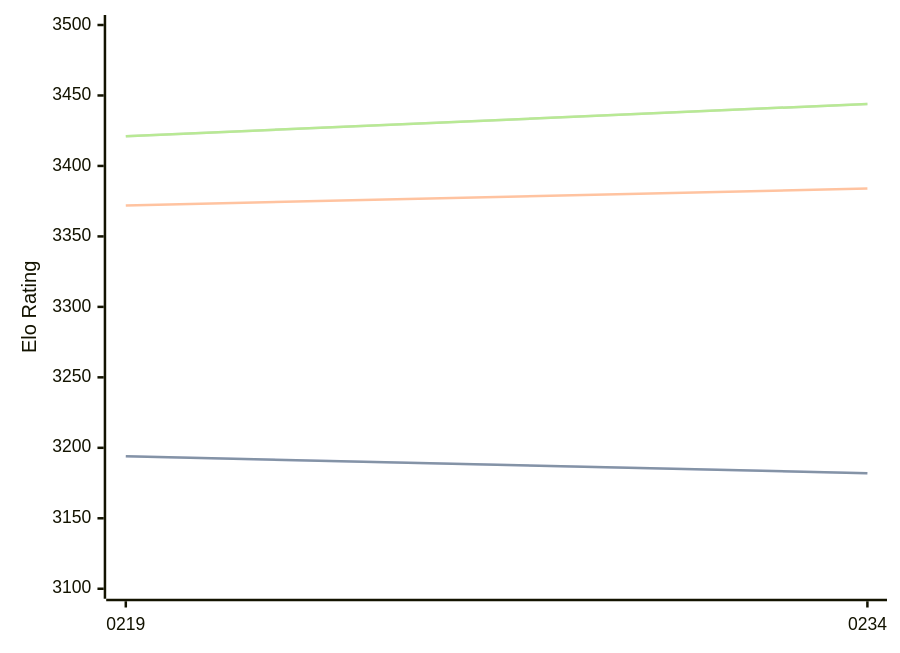
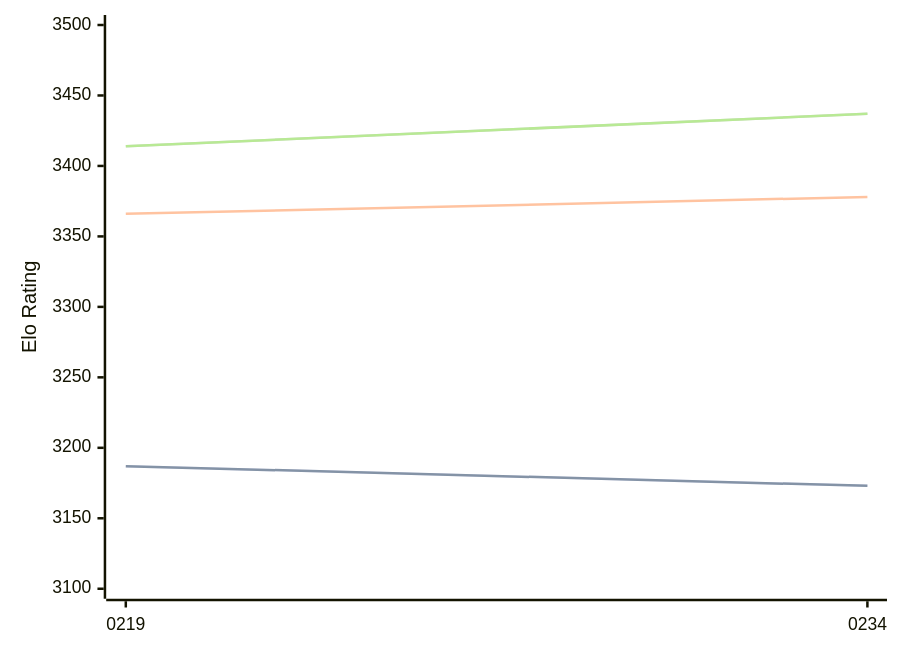
Before and after one commit to computer-chess-index/cci: the diagram in engines/Ynode.md, drawn with Mermaid. The commit also changed other lines of this file, not shown here.

Commit message:
Update CCI Ratings (ELO VLTC) - 2026-05-18

````diff
--- a/engines/Ynode.md
+++ b/engines/Ynode.md
@@ -39,11 +39,11 @@
 ```mermaid
 %%{init: {"theme":"base","themeVariables":{"seriesColors:['#a3a3a3','#222221','#faa371']}}}%%
 xychart-beta
   x-axis ["0219", "0234"]
   y-axis "Elo Rating" 3100 --> 3500
-  line "STC (8.0+0.08s)" [3194, 3182]
-  line "STC (8.0+0.08s)" [3194, 3182]
-  line "LTC (60.0+0.60s)" [3372, 3384]
-  line "VLTC (2m24s+1.12s)" [3421, 3444]
-  line "VLTC (2m24s+1.12s)" [3421, 3444]
+  line "STC (8.0+0.08s)" [3187, 3173]
+  line "STC (8.0+0.08s)" [3187, 3173]
+  line "LTC (60.0+0.60s)" [3366, 3378]
+  line "VLTC (2m24s+1.12s)" [3414, 3437]
+  line "VLTC (2m24s+1.12s)" [3414, 3437]
 ```
````
